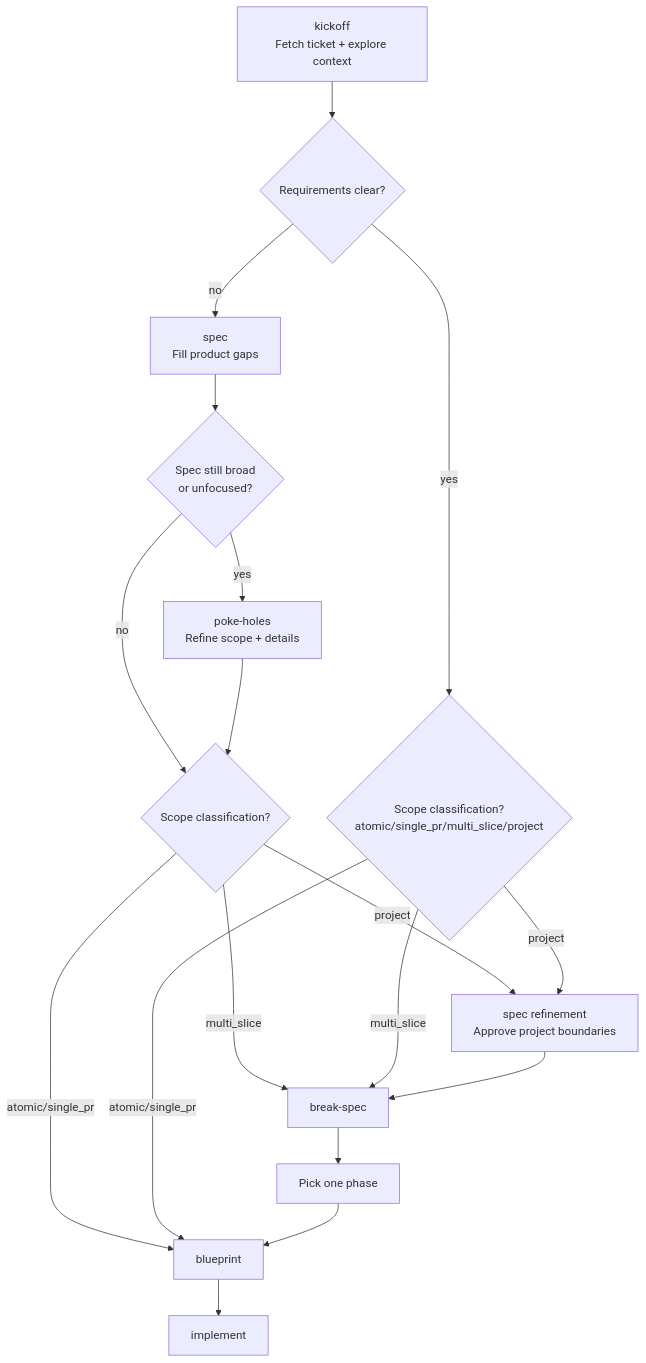
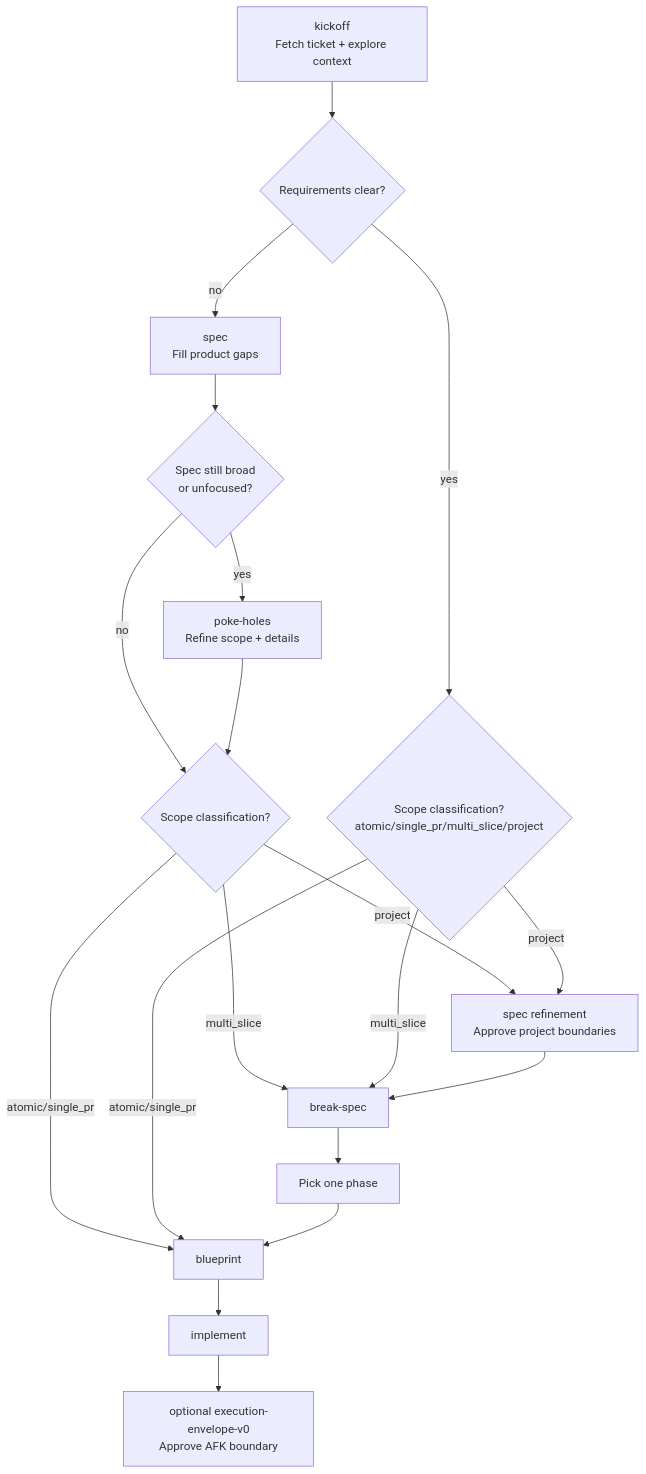
The second of 4 diagrams in docs/workflows.md (sandsower/beislid), drawn with Mermaid before and after one commit. The commit also changed other lines of this file and 1 other file, not shown here.

Commit message:
Address execution envelope review findings

````diff
--- a/docs/workflows.md
+++ b/docs/workflows.md
@@ -46,20 +47,21 @@
 ```mermaid
 flowchart TD
   A["kickoff<br/>Fetch ticket + explore context"] --> B{"Requirements clear?"}
   B -- "no" --> C["spec<br/>Fill product gaps"]
   B -- "yes" --> D{"Scope classification?<br/>atomic/single_pr/multi_slice/project"}
   C --> P{"Spec still broad<br/>or unfocused?"}
   P -- "yes" --> Q["poke-holes<br/>Refine scope + details"]
   P -- "no" --> E{"Scope classification?"}
   Q --> E
   E -- "multi_slice" --> F["break-spec"]
   E -- "project" --> R["spec refinement<br/>Approve project boundaries"]
   E -- "atomic/single_pr" --> G["blueprint"]
   D -- "multi_slice" --> F
   D -- "project" --> R
   D -- "atomic/single_pr" --> G
   R --> F
   F --> H["Pick one phase"]
   H --> G
   G --> I["implement"]
+  I --> J["optional execution-envelope-v0<br/>Approve AFK boundary"]
 ```
````
